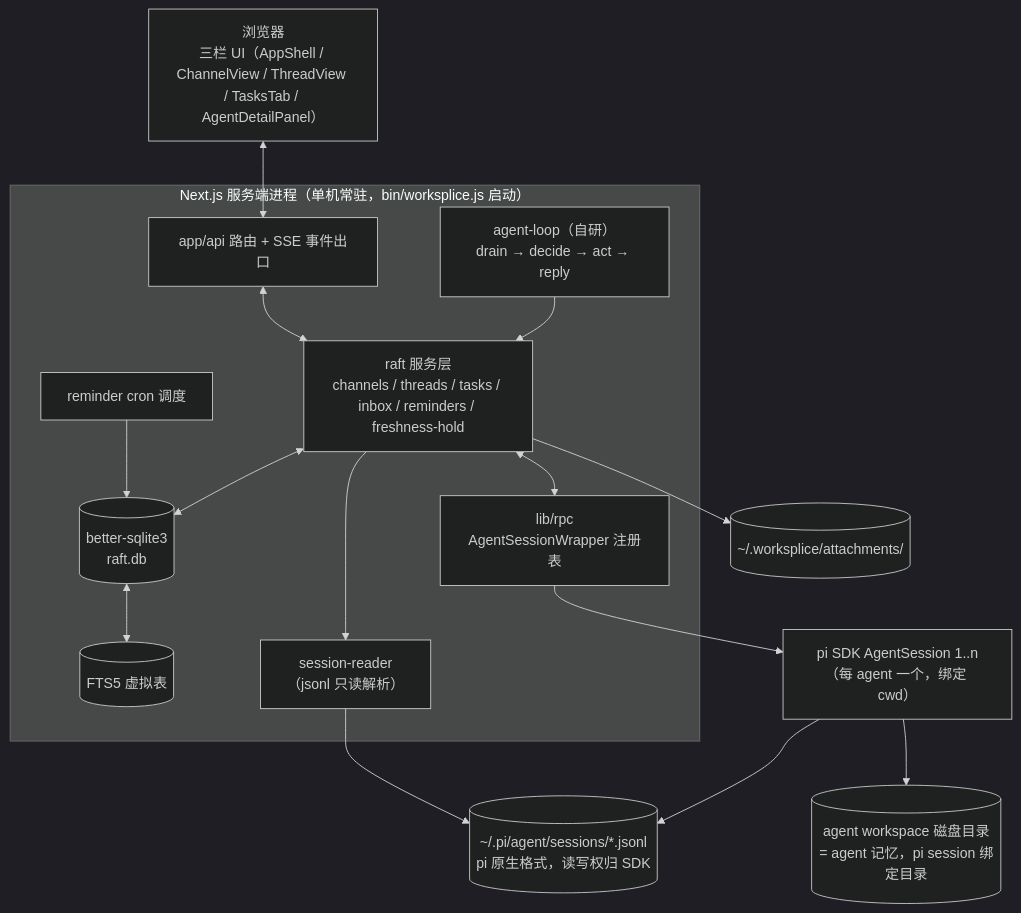
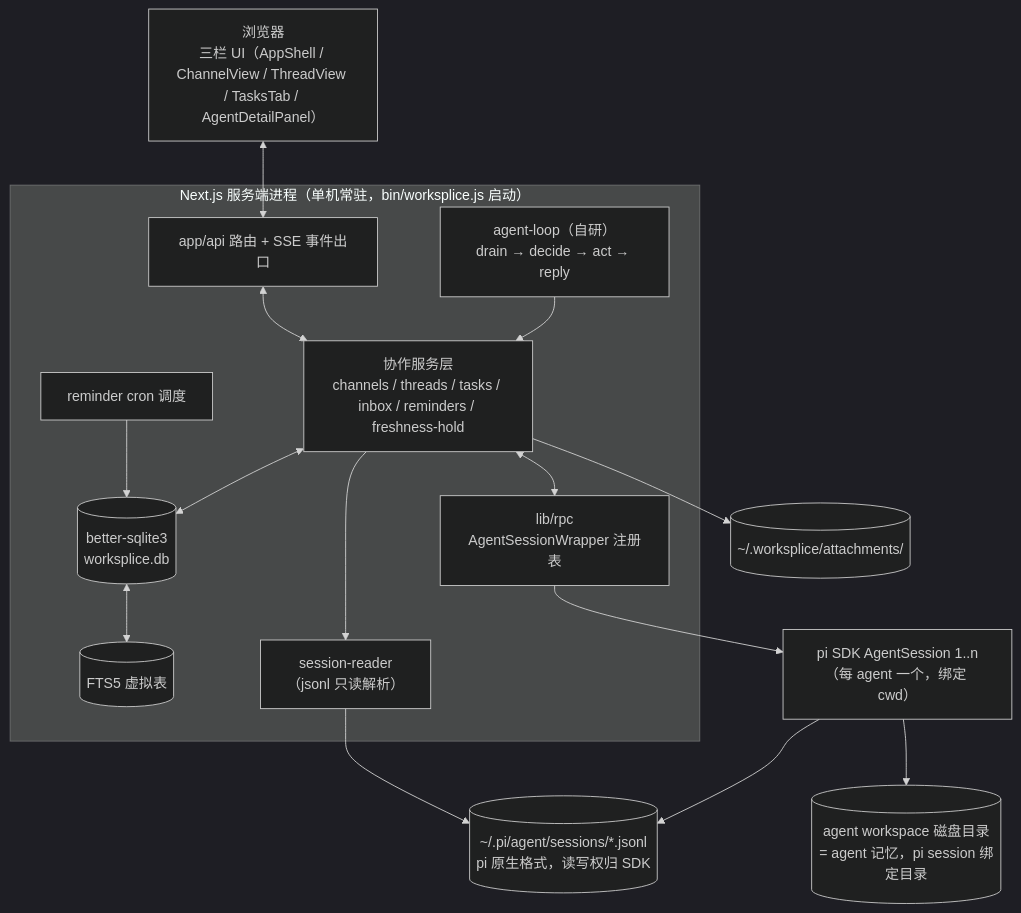
Before and after one commit to whutlichao/worksplice: the first of 2 diagrams in docs/spec.md, drawn with Mermaid (dark theme). The commit also changed other lines of this file and 136 other files, not shown here.

First line of the commit message:
refactor!: 与 raft 命名彻底切割（库文件 → worksplice.db，域目录 → lib/domain/collab/）

````diff
--- a/docs/spec.md
+++ b/docs/spec.md
@@ -267,34 +267,34 @@
 ```mermaid
 flowchart TB
     Browser["浏览器<br/>三栏 UI（AppShell / ChannelView / ThreadView / TasksTab / AgentDetailPanel）"]
 
     subgraph App["Next.js 服务端进程（单机常驻，bin/worksplice.js 启动）"]
         Routes["app/api 路由 + SSE 事件出口"]
-        RaftSvc["raft 服务层<br/>channels / threads / tasks / inbox / reminders / freshness-hold"]
+        CollabSvc["协作服务层<br/>channels / threads / tasks / inbox / reminders / freshness-hold"]
         AgentLoop["agent-loop（自研）<br/>drain → decide → act → reply"]
         Cron["reminder cron 调度"]
-        DB[("better-sqlite3<br/>raft.db")]
+        DB[("better-sqlite3<br/>worksplice.db")]
         FTS[("FTS5 虚拟表")]
         RPC["lib/rpc<br/>AgentSessionWrapper 注册表"]
         Reader["session-reader<br/>（jsonl 只读解析）"]
-        RaftSvc <--> DB
+        CollabSvc <--> DB
         DB <--> FTS
-        RaftSvc <--> RPC
-        AgentLoop --> RaftSvc
+        CollabSvc <--> RPC
+        AgentLoop --> CollabSvc
         Cron --> DB
     end
 
     PI["pi SDK AgentSession 1..n（每 agent 一个，绑定 cwd）"]
     SESS[("~/.pi/agent/sessions/*.jsonl<br/>pi 原生格式，读写权归 SDK")]
     WS[("agent workspace 磁盘目录<br/>= agent 记忆，pi session 绑定目录")]
     ATT[("~/.worksplice/attachments/")]
 
     Browser <--> Routes
-    Routes <--> RaftSvc
-    RaftSvc --> Reader
+    Routes <--> CollabSvc
+    CollabSvc --> Reader
     RPC --> PI
     PI --> SESS
     PI --> WS
     Reader --> SESS
-    RaftSvc --> ATT
+    CollabSvc --> ATT
 ```
````
